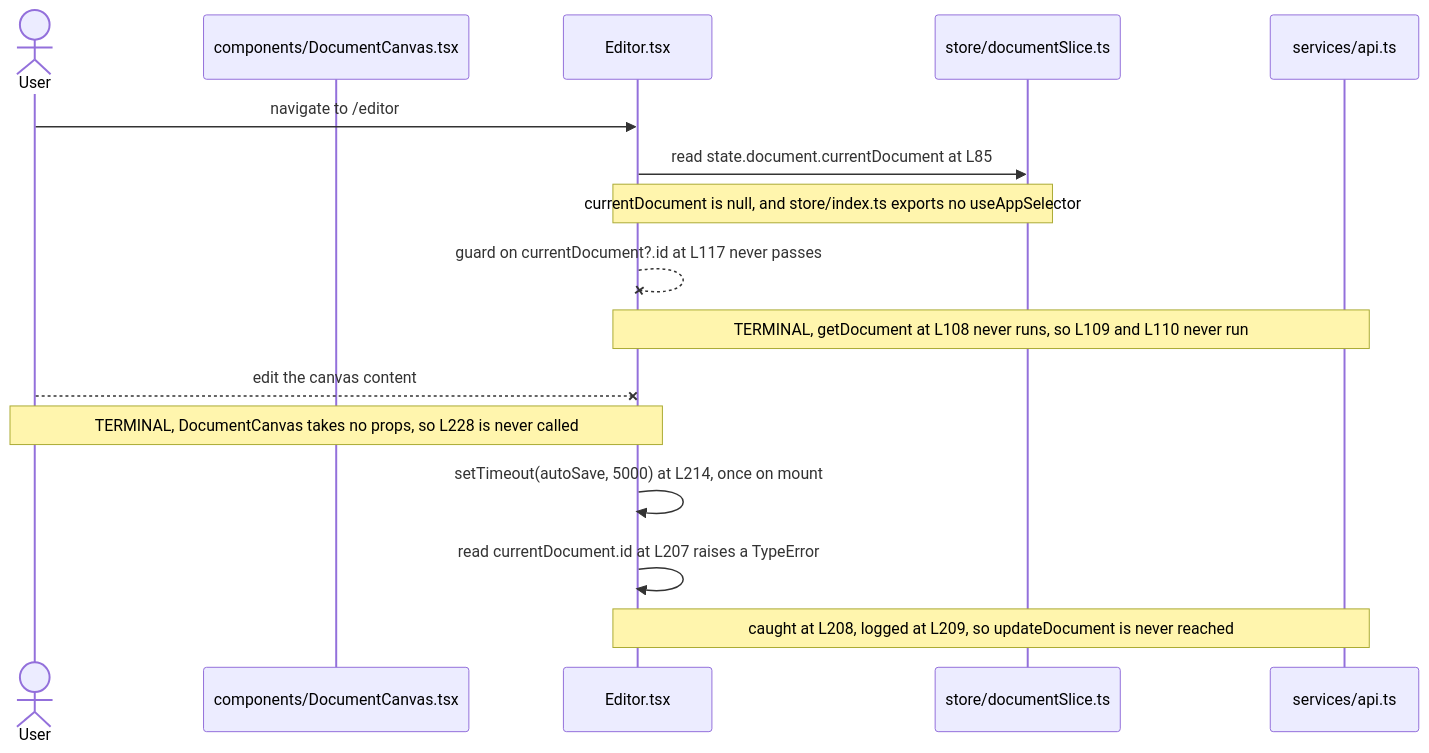
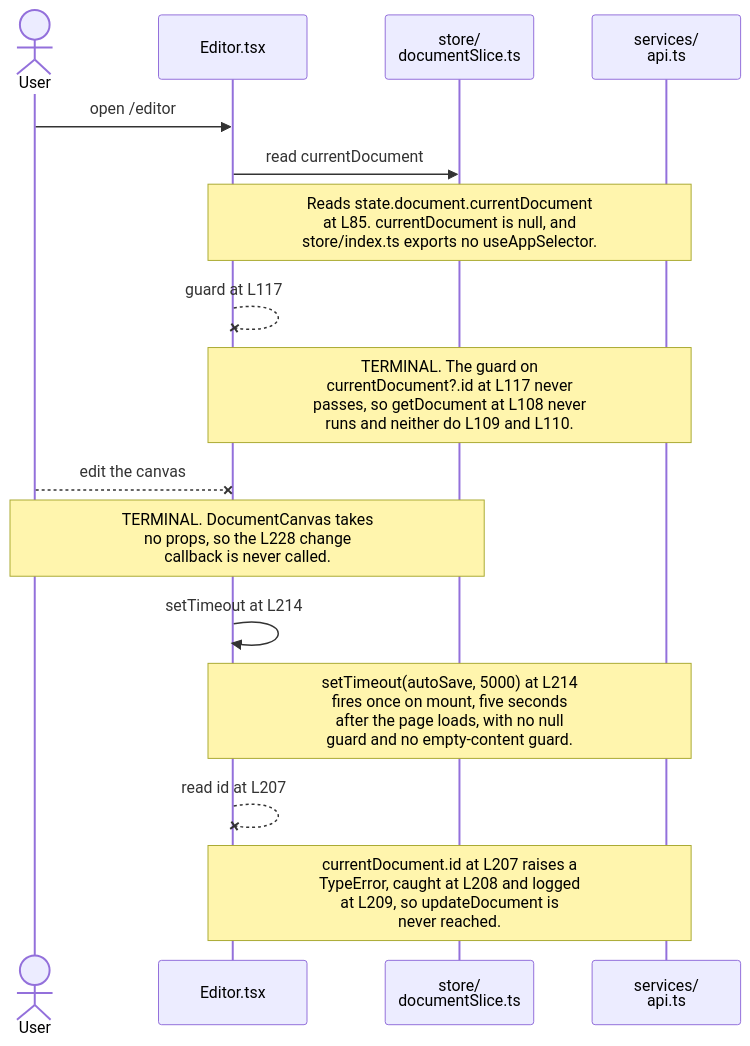
Before and after one commit to blitzy-public-samples/microsoft-word-u33ko0: the diagram in frontend/src/pages/README.md, drawn with Mermaid. The commit also changed 20 other files, not shown here.

First line of the commit message:
﻿docs: resolve QA findings on Mermaid legibility, label integrity and accessibility

````diff
--- a/frontend/src/pages/README.md
+++ b/frontend/src/pages/README.md
@@ -124,20 +124,21 @@
 ```mermaid
 sequenceDiagram
+    accTitle: Document load and the five-second debounced auto-save on the editor page
+    accDescr: Both flows terminate. The load flow stops because the store exports no useAppSelector and currentDocument stays null, so the guard never passes. The save flow stops because DocumentCanvas takes no props, so the change callback is never called, and the timer that does fire reads an id off null.
     actor User
-    participant Canvas as components/DocumentCanvas.tsx
     participant Page as Editor.tsx
-    participant Store as store/documentSlice.ts
-    participant API as services/api.ts
+    participant Store as store/<br/>documentSlice.ts
+    participant API as services/<br/>api.ts
 
-    User->>Page: navigate to /editor
-    Page->>Store: read state.document.currentDocument at L85
-    Note over Page,Store: currentDocument is null, and store/index.ts exports no useAppSelector
-    Page--xPage: guard on currentDocument?.id at L117 never passes
-    Note over Page,API: TERMINAL, getDocument at L108 never runs, so L109 and L110 never run
-
-    User--xPage: edit the canvas content
-    Note over User,Page: TERMINAL, DocumentCanvas takes no props, so L228 is never called
-    Page->>Page: setTimeout(autoSave, 5000) at L214, once on mount
-    Page->>Page: read currentDocument.id at L207 raises a TypeError
-    Note over Page,API: caught at L208, logged at L209, so updateDocument is never reached
+    User->>Page: open /editor
+    Page->>Store: read currentDocument
+    Note over Page,API: Reads state.document.currentDocument<br/>at L85. currentDocument is null, and<br/>store/index.ts exports no useAppSelector.
+    Page--xPage: guard at L117
+    Note over Page,API: TERMINAL. The guard on<br/>currentDocument?.id at L117 never<br/>passes, so getDocument at L108 never<br/>runs and neither do L109 and L110.
+    User--xPage: edit the canvas
+    Note over User,Store: TERMINAL. DocumentCanvas takes<br/>no props, so the L228 change<br/>callback is never called.
+    Page->>Page: setTimeout at L214
+    Note over Page,API: setTimeout(autoSave, 5000) at L214<br/>fires once on mount, five seconds<br/>after the page loads, with no null<br/>guard and no empty-content guard.
+    Page--xPage: read id at L207
+    Note over Page,API: currentDocument.id at L207 raises a<br/>TypeError, caught at L208 and logged<br/>at L209, so updateDocument is<br/>never reached.
 ```
````
